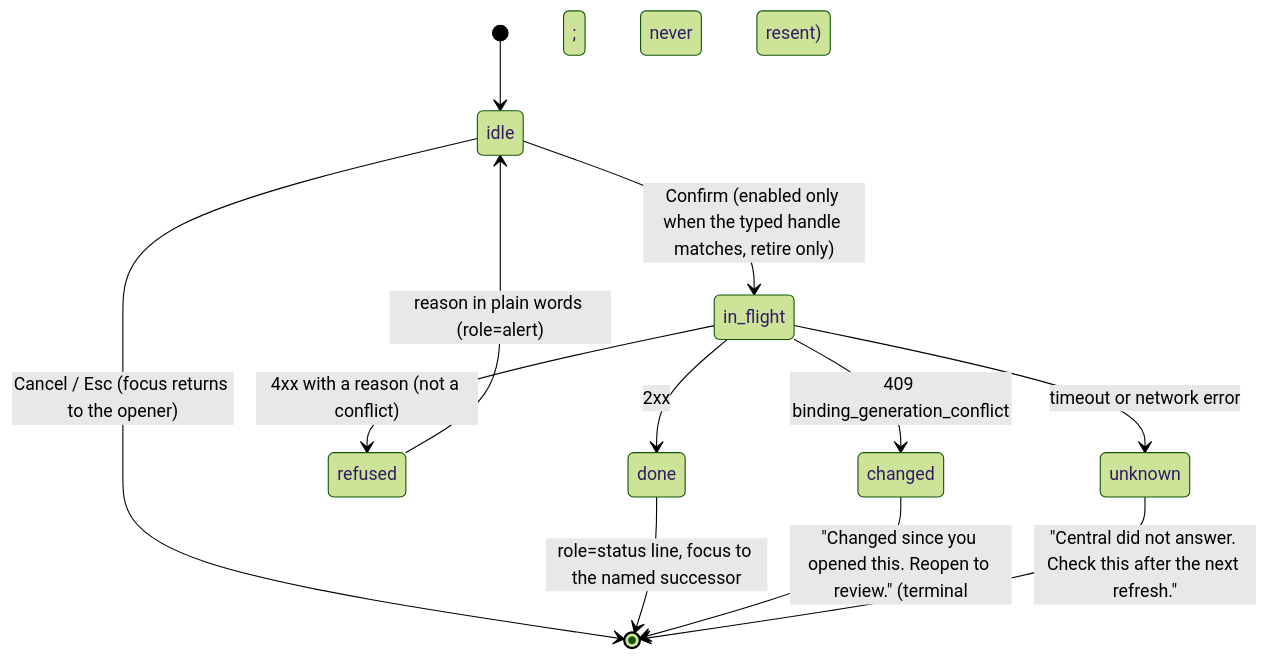
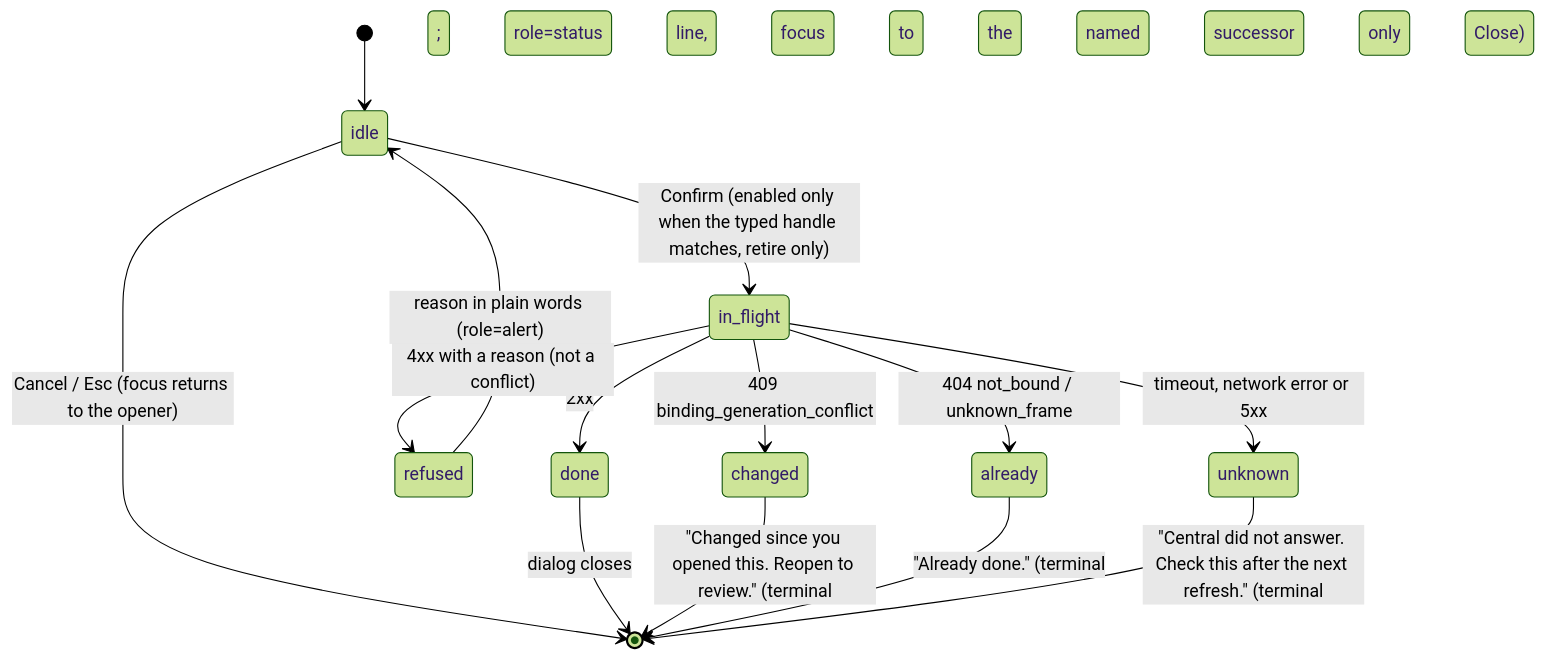
The fourth of 4 diagrams in docs/operator-console-ux-pass2-onboarding.md (mcurcio/photo-wall), drawn with Mermaid (forest theme) before and after one commit. The commit also changed other lines of this file and 4 other files, not shown here.

````diff
--- a/docs/operator-console-ux-pass2-onboarding.md
+++ b/docs/operator-console-ux-pass2-onboarding.md
@@ -169,14 +173,16 @@
 ```mermaid
 stateDiagram-v2
   [*] --> idle
   idle --> in_flight: Confirm (enabled only when the typed handle matches, retire only)
   idle --> [*]: Cancel / Esc (focus returns to the opener)
   in_flight --> done: 2xx
   in_flight --> refused: 4xx with a reason (not a conflict)
   in_flight --> changed: 409 binding_generation_conflict
-  in_flight --> unknown: timeout or network error
-  done --> [*]: role=status line, focus to the named successor
+  in_flight --> already: 404 not_bound / unknown_frame
+  in_flight --> unknown: timeout, network error or 5xx
+  done --> [*]: dialog closes; role=status line, focus to the named successor
   refused --> idle: reason in plain words (role=alert)
-  changed --> [*]: "Changed since you opened this. Reopen to review." (terminal; never resent)
-  unknown --> [*]: "Central did not answer. Check this after the next refresh."
+  changed --> [*]: "Changed since you opened this. Reopen to review." (terminal; only Close)
+  already --> [*]: "Already done." (terminal; only Close)
+  unknown --> [*]: "Central did not answer. Check this after the next refresh." (terminal; only Close)
 ```
````
